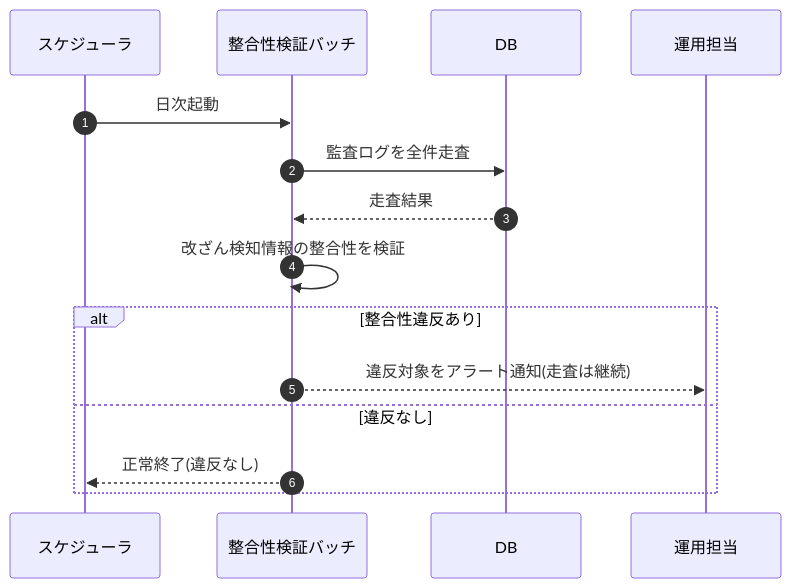
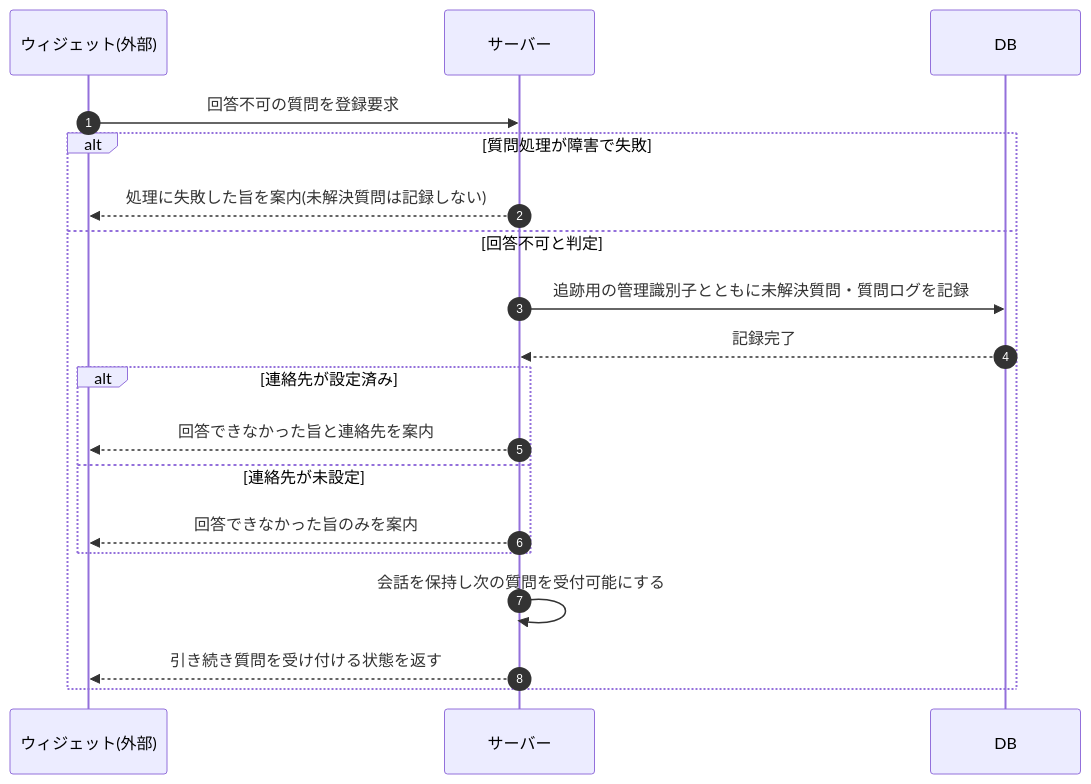
One commit to sikakou54/open-faq changed the diagram in 02_basic_design/03_sequences/SEQ-107.md. Above: the diagram before and after it, drawn with Mermaid. The commit also changed other lines of this file and 395 other files, not shown here.

````diff
--- a/02_basic_design/03_sequences/SEQ-107.md
+++ b/02_basic_design/03_sequences/SEQ-107.md
@@ -25,17 +25,21 @@
 ```mermaid
 sequenceDiagram
   autonumber
-  participant SCH as スケジューラ
-  participant B as 整合性検証バッチ
+  participant W as ウィジェット(外部)
+  participant Server as サーバー
   participant DB as DB
-  participant OP as 運用担当
-  SCH->>B: 日次起動
-  B->>DB: 監査ログを全件走査
-  DB-->>B: 走査結果
-  B->>B: 改ざん検知情報の整合性を検証
-  alt 整合性違反あり
-    B-->>OP: 違反対象をアラート通知(走査は継続)
-  else 違反なし
-    B-->>SCH: 正常終了(違反なし)
+  W->>Server: 回答不可の質問を登録要求
+  alt 質問処理が障害で失敗
+    Server-->>W: 処理に失敗した旨を案内(未解決質問は記録しない)
+  else 回答不可と判定
+    Server->>DB: 追跡用の管理識別子とともに未解決質問・質問ログを記録
+    DB-->>Server: 記録完了
+    alt 連絡先が設定済み
+      Server-->>W: 回答できなかった旨と連絡先を案内
+    else 連絡先が未設定
+      Server-->>W: 回答できなかった旨のみを案内
+    end
+    Server->>Server: 会話を保持し次の質問を受付可能にする
+    Server-->>W: 引き続き質問を受け付ける状態を返す
   end
 ```
````
